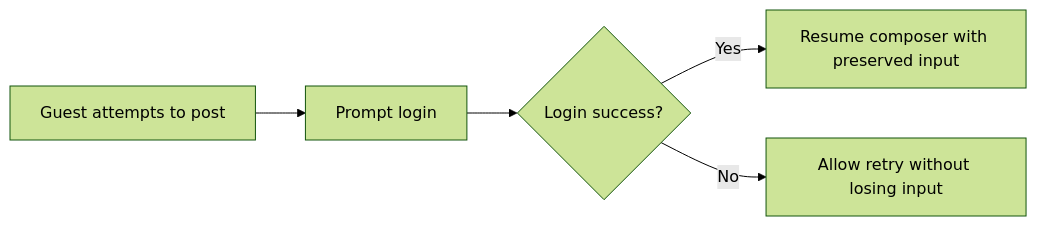
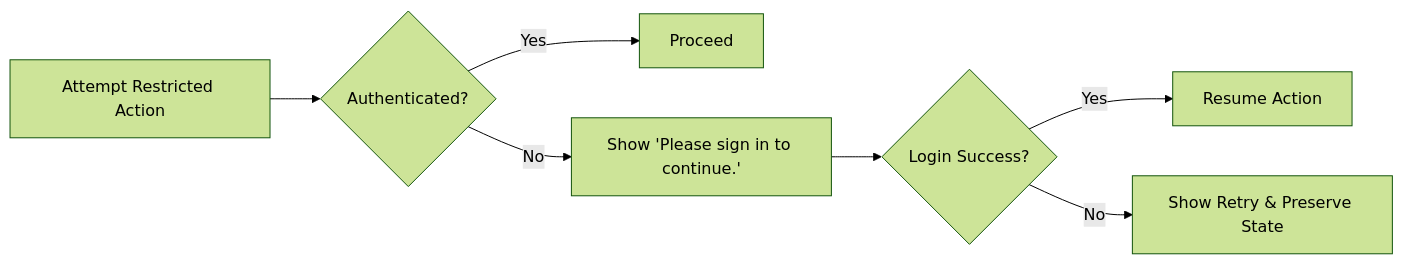
One commit to wrtnlabs/autobe-example-reddit-openai-gpt-5 changed the eighth of 8 diagrams in docs/analysis/00-toc.md. Above: the diagram before and after it, drawn with Mermaid (forest theme). The commit also changed other lines of this file and 721 other files, not shown here.

````diff
--- a/docs/analysis/00-toc.md
+++ b/docs/analysis/00-toc.md
@@ -248,7 +366,9 @@
 ```mermaid
 graph LR
-  X["Guest attempts to post"] --> Y["Prompt login"]
-  Y --> Z{"Login success?"}
-  Z -->|"Yes"| P["Resume composer with preserved input"]
-  Z -->|"No"| R["Allow retry without losing input"]
+  A["Attempt Restricted Action"] --> B{"Authenticated?"}
+  B -->|"Yes"| C["Proceed"]
+  B -->|"No"| D["Show 'Please sign in to continue.'"]
+  D --> E{"Login Success?"}
+  E -->|"Yes"| F["Resume Action"]
+  E -->|"No"| G["Show Retry & Preserve State"]
 ```
````
